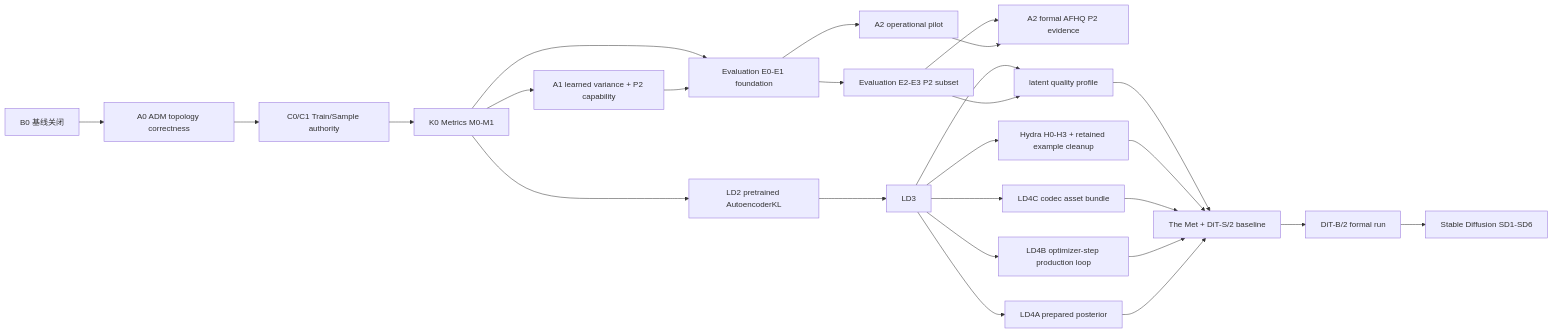
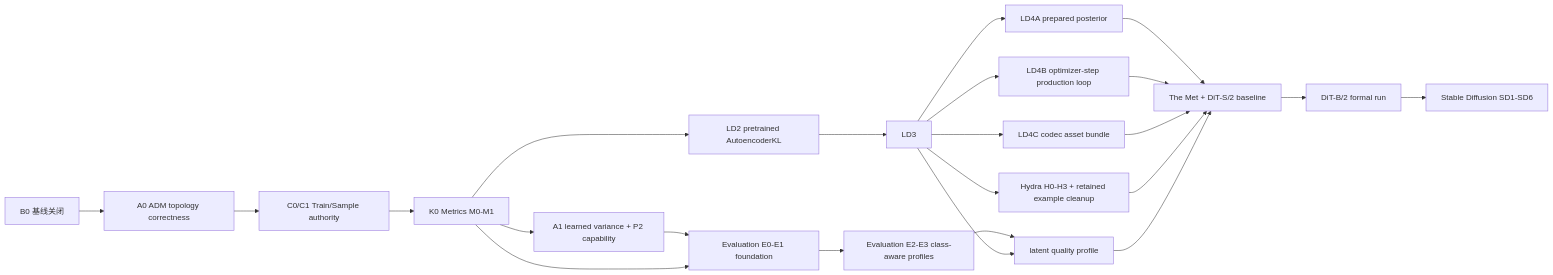
The diagram in docs/development/development-priority-roadmap.md (supermassiveasshole/stochaflow), drawn with Mermaid before and after one commit. The commit also changed other lines of this file and 20 other files, not shown here.

````diff
--- a/docs/development/development-priority-roadmap.md
+++ b/docs/development/development-priority-roadmap.md
@@ -90,33 +88,30 @@
 ```mermaid
 flowchart LR
     B0["B0 基线关闭"] --> ADM0["A0 ADM topology correctness"]
     ADM0 --> C1["C0/C1 Train/Sample authority"]
     C1 --> K0["K0 Metrics M0-M1"]
     K0 --> P2C["A1 learned variance + P2 capability"]
     K0 --> LD2["LD2 pretrained AutoencoderKL"]
     LD2 --> LD3
 
     P2C --> E01["Evaluation E0-E1 foundation"]
     K0 --> E01
-    E01 --> P2P["A2 operational pilot"]
-    E01 --> E23["Evaluation E2-E3 P2 subset"]
-    P2P --> P2R["A2 formal AFHQ P2 evidence"]
-    E23 --> P2R
+    E01 --> E23["Evaluation E2-E3 class-aware profiles"]
 
     LD3 --> P1["LD4A prepared posterior"]
     LD3 --> P2["LD4B optimizer-step production loop"]
     LD3 --> P3["LD4C codec asset bundle"]
 
     LD3 --> H["Hydra H0-H3 + retained example cleanup"]
     E23 --> E["latent quality profile"]
     LD3 --> E
 
     P1 --> D["The Met + DiT-S/2 baseline"]
     P2 --> D
     P3 --> D
     H --> D
     E --> D
     D --> DB["DiT-B/2 formal run"]
 
     DB --> SD["Stable Diffusion SD1-SD6"]
 ```
````
